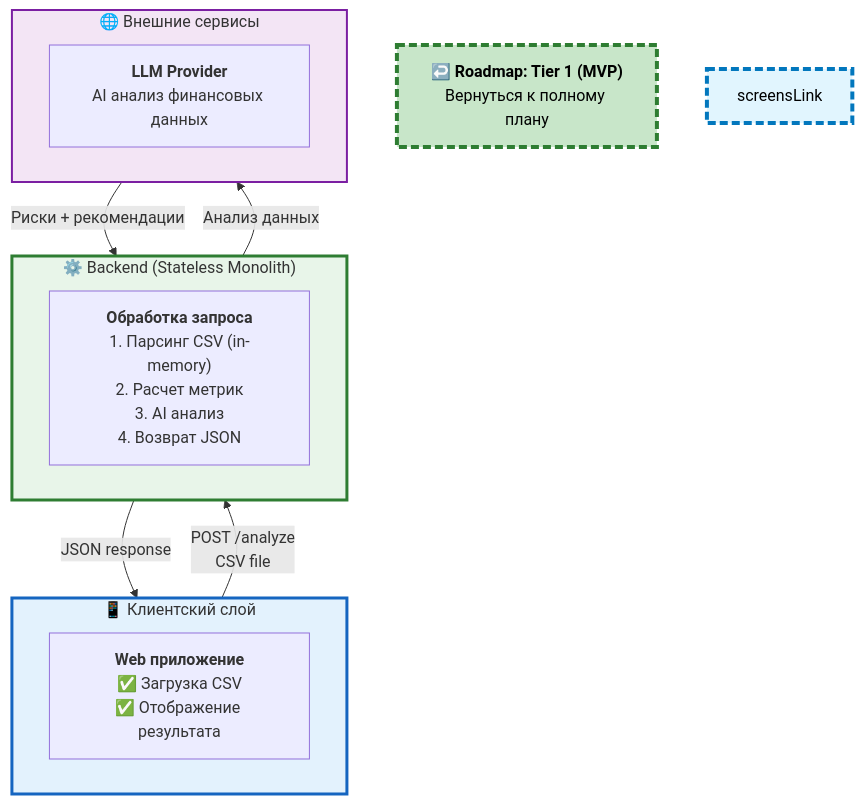
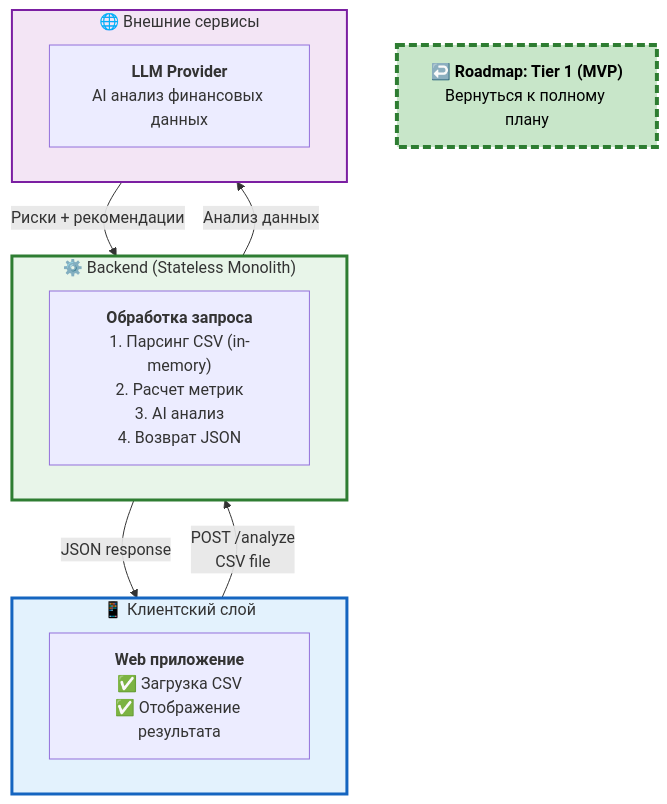
One commit to Ne4to777/financial-ai-analytics changed the diagram in mindmap/diagrams/02a-architecture-mvp.md. Above: the diagram before and after it, drawn with Mermaid. The commit also changed other lines of this file, not shown here.

Commit message:
fix: remove broken links to deleted screen diagrams in 02a-architecture-mvp.md

````diff
--- a/mindmap/diagrams/02a-architecture-mvp.md
+++ b/mindmap/diagrams/02a-architecture-mvp.md
@@ -8,35 +8,34 @@
 ```mermaid
 graph TB
     subgraph client ["📱 Клиентский слой"]
         direction LR
         web["<b>Web приложение</b><br/>✅ Загрузка CSV<br/>✅ Отображение результата"]
     end
     
     client -->|"POST /analyze<br/>CSV file"| backend
     
     subgraph backend ["⚙️ Backend (Stateless Monolith)"]
         direction LR
         
         process["<b>Обработка запроса</b><br/>1. Парсинг CSV (in-memory)<br/>2. Расчет метрик<br/>3. AI анализ<br/>4. Возврат JSON"]
     end
     
     backend -->|"Анализ данных"| llm
     llm -->|"Риски + рекомендации"| backend
     backend -->|"JSON response"| client
     
     subgraph external ["🌐 Внешние сервисы"]
         direction LR
         
         llm["<b>LLM Provider</b><br/>AI анализ финансовых данных"]
     end
     
     mvpPhase["↩️ <b>Roadmap: Tier 1 (MVP)</b><br/>Вернуться к полному плану"]
     
     click mvpPhase "?diagram=10" "Вернуться к Roadmap"
     
     style client fill:#e3f2fd,stroke:#1565c0,stroke-width:3px
     style backend fill:#e8f5e9,stroke:#2e7d32,stroke-width:3px
     style external fill:#f3e5f5,stroke:#7b1fa2,stroke-width:2px
     style mvpPhase fill:#c8e6c9,stroke:#2e7d32,stroke-width:4px,stroke-dasharray: 8 4,cursor:pointer,color:#000
-    style screensLink fill:#e1f5fe,stroke:#0277bd,stroke-width:4px,stroke-dasharray: 8 4,cursor:pointer,color:#000
 ```
````
